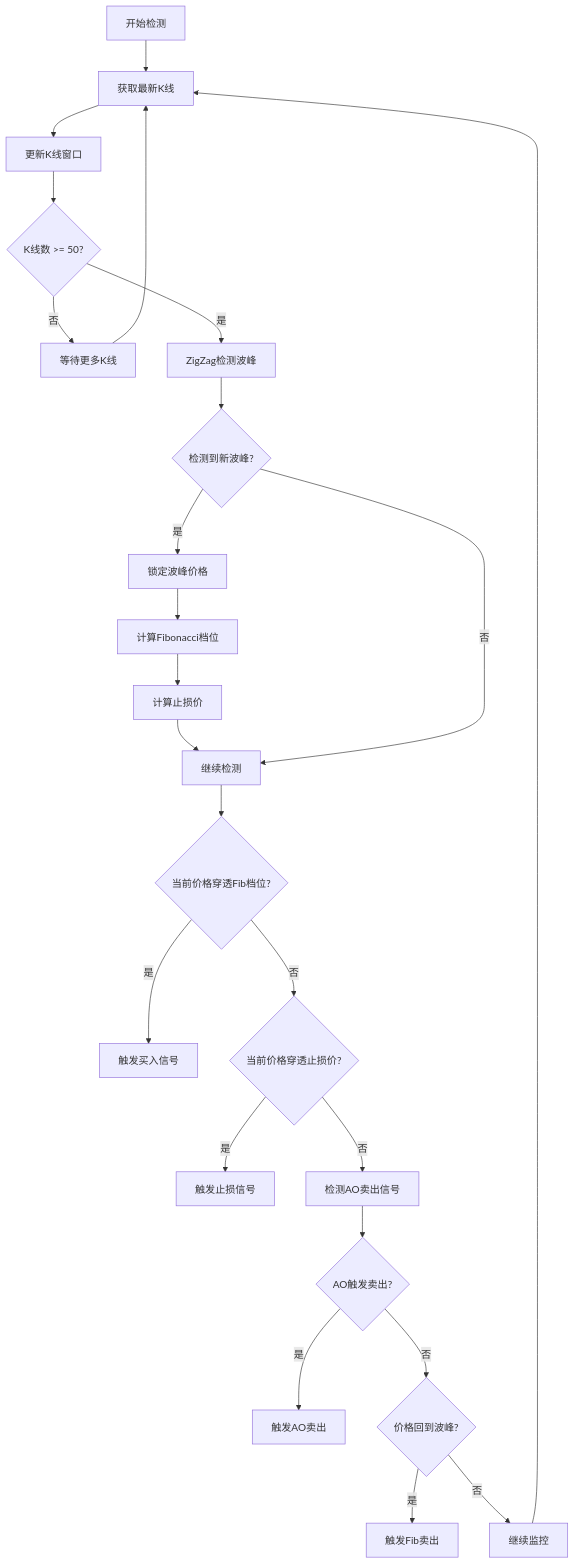
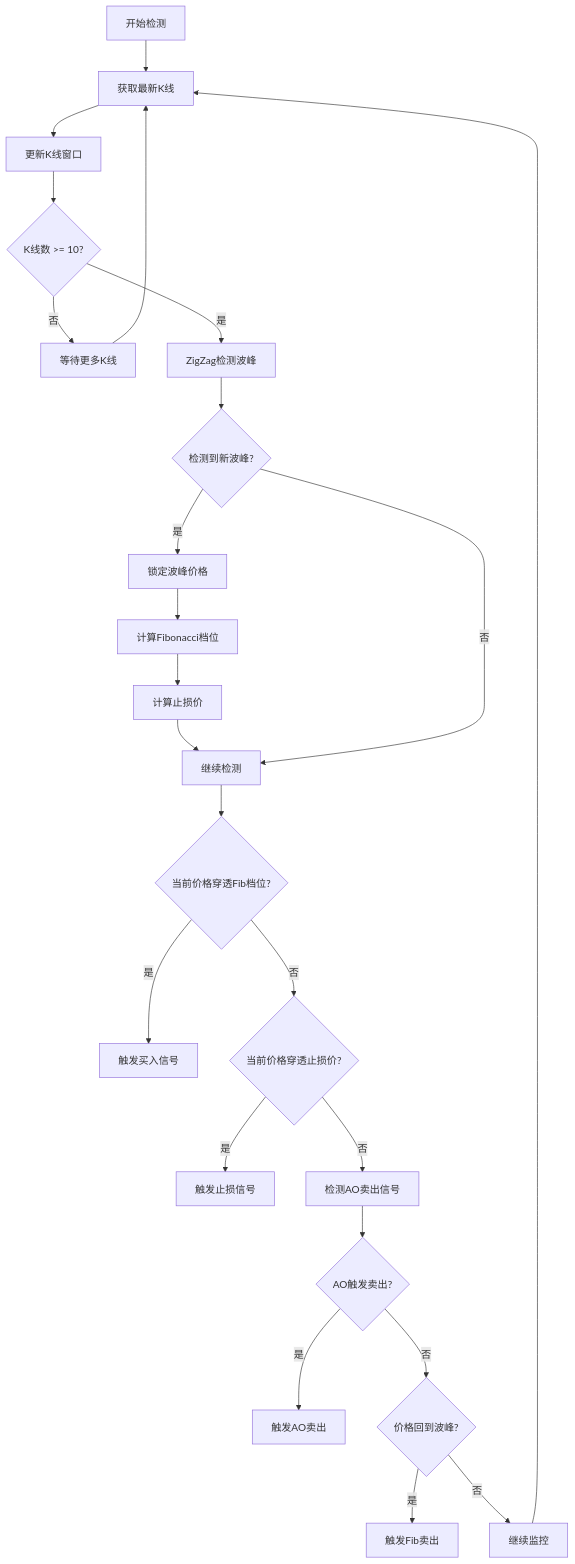
Before and after one commit to dinnelthai/logearn-traidng-skills: the second of 6 diagrams in docs/TRADING_FLOW.md, drawn with Mermaid. The commit also changed other lines of this file and 5 other files, not shown here.

````diff
--- a/docs/TRADING_FLOW.md
+++ b/docs/TRADING_FLOW.md
@@ -36,26 +33,26 @@
 ```mermaid
 graph TD
     A[开始检测] --> B[获取最新K线]
     B --> C[更新K线窗口]
-    C --> D{K线数 >= 50?}
+    C --> D{K线数 >= 10?}
     D -->|否| E[等待更多K线]
     E --> B
     D -->|是| F[ZigZag检测波峰]
     F --> G{检测到新波峰?}
     G -->|是| H[锁定波峰价格]
     H --> I[计算Fibonacci档位]
     I --> J[计算止损价]
     J --> K[继续检测]
     G -->|否| K
     K --> L{当前价格穿透Fib档位?}
     L -->|是| M[触发买入信号]
     L -->|否| N{当前价格穿透止损价?}
     N -->|是| O[触发止损信号]
     N -->|否| P[检测AO卖出信号]
     P --> Q{AO触发卖出?}
     Q -->|是| R[触发AO卖出]
     Q -->|否| S{价格回到波峰?}
     S -->|是| T[触发Fib卖出]
     S -->|否| U[继续监控]
     U --> B
 ```
````
